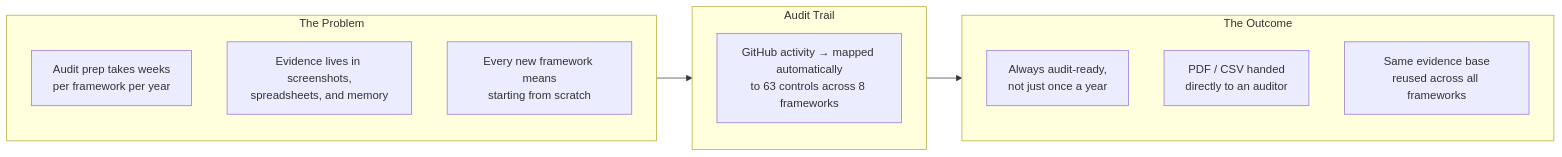
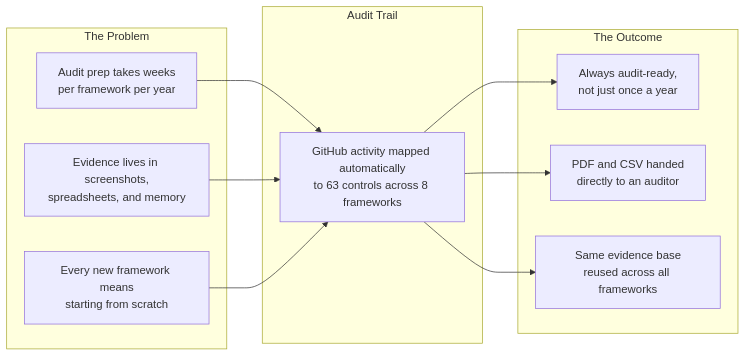
One commit to JohnJohnW/audittrail-dev changed the second of 13 diagrams in README.md. Above: the diagram before and after it, drawn with Mermaid. The commit also changed other lines of this file, not shown here.

First line of the commit message:
Fix remaining Mermaid diagram syntax issues in README

````diff
--- a/README.md
+++ b/README.md
@@ -55,20 +55,21 @@
 ```mermaid
 graph LR
     subgraph Pain ["The Problem"]
         P1["Audit prep takes weeks\nper framework per year"]
         P2["Evidence lives in screenshots,\nspreadsheets, and memory"]
         P3["Every new framework means\nstarting from scratch"]
     end
 
     subgraph Product ["Audit Trail"]
-        AT["GitHub activity → mapped automatically\nto 63 controls across 8 frameworks"]
+        AT["GitHub activity mapped automatically\nto 63 controls across 8 frameworks"]
     end
 
     subgraph Value ["The Outcome"]
         V1["Always audit-ready,\nnot just once a year"]
-        V2["PDF / CSV handed\ndirectly to an auditor"]
+        V2["PDF and CSV handed\ndirectly to an auditor"]
         V3["Same evidence base\nreused across all frameworks"]
     end
 
-    Pain --> Product --> Value
+    P1 & P2 & P3 --> AT
+    AT --> V1 & V2 & V3
 ```
````
